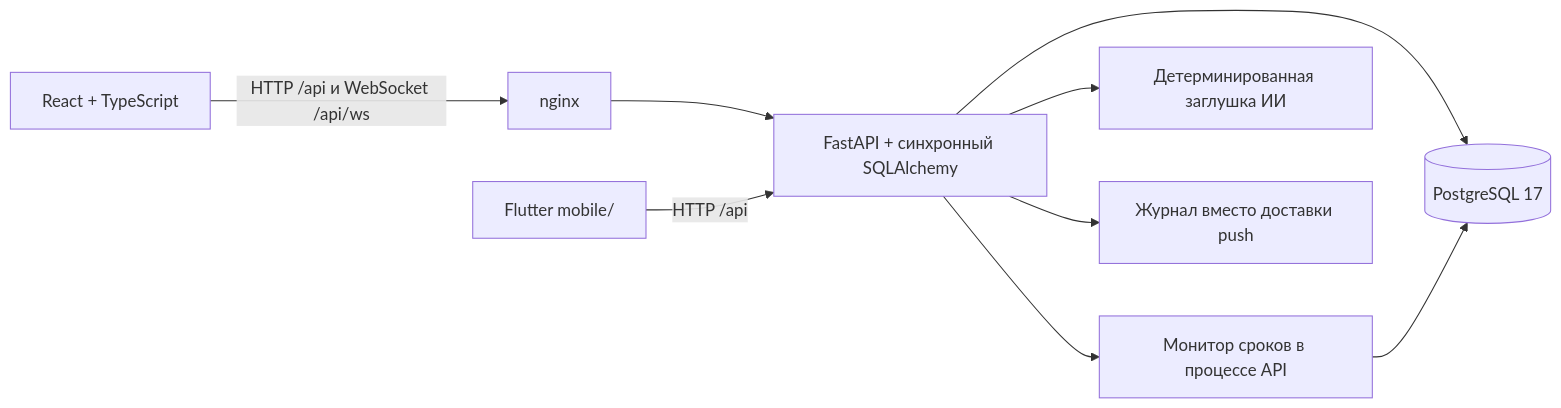
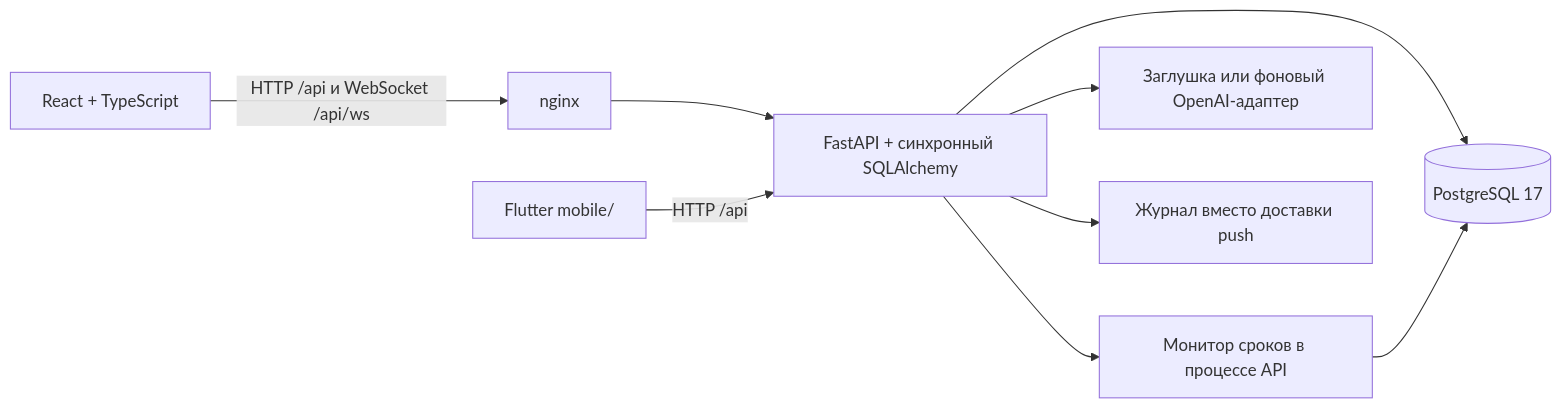
Before and after one commit to bshakaryan/km_case_hack: the first of 2 diagrams in docs/architecture.md, drawn with Mermaid. The commit also changed other lines of this file and 49 other files, not shown here.

````diff
--- a/docs/architecture.md
+++ b/docs/architecture.md
@@ -9,11 +9,11 @@
 ```mermaid
 flowchart LR
   B[React + TypeScript] -->|HTTP /api и WebSocket /api/ws| N[nginx]
   N --> A[FastAPI + синхронный SQLAlchemy]
   F[Flutter mobile/] -->|HTTP /api| A
   A --> D[(PostgreSQL 17)]
   A --> M[Монитор сроков в процессе API]
   M --> D
-  A --> S[Детерминированная заглушка ИИ]
+  A --> S[Заглушка или фоновый OpenAI-адаптер]
   A --> P[Журнал вместо доставки push]
 ```
````
